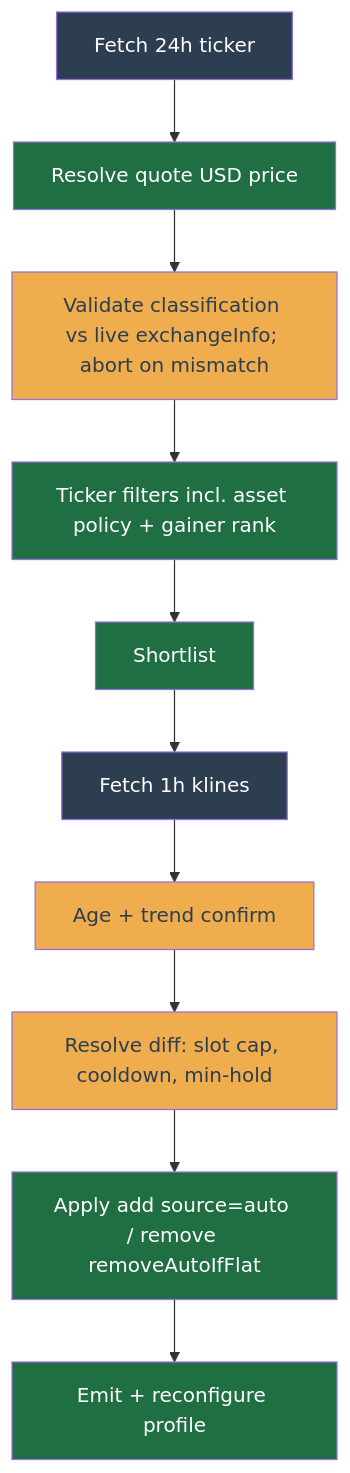
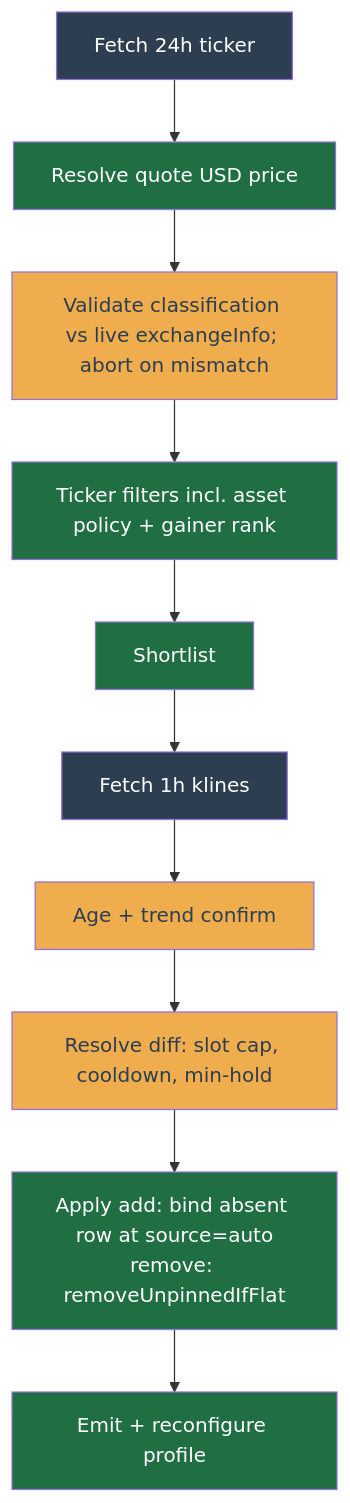
Before and after one commit to chrisleekr/binance-trading-bot: the diagram in docs/concepts/discovery.md, drawn with Mermaid. The commit also changed other lines of this file and 556 other files, not shown here.

````diff
--- a/docs/concepts/discovery.md
+++ b/docs/concepts/discovery.md
@@ -58,17 +54,17 @@
 ```mermaid
 flowchart TD
     Ticker["Fetch 24h ticker"]:::io --> QuotePrice["Resolve quote USD price"]:::core
     QuotePrice --> Validate["Validate classification vs live exchangeInfo; abort on mismatch"]:::gate
     Validate --> Rank["Ticker filters incl. asset policy + gainer rank"]:::core
     Rank --> Shortlist["Shortlist"]:::core
     Shortlist --> Klines["Fetch 1h klines"]:::io
     Klines --> Confirm["Age + trend confirm"]:::gate
     Confirm --> Resolve["Resolve diff: slot cap, cooldown, min-hold"]:::gate
-    Resolve --> ApplyDiff["Apply add source=auto / remove removeAutoIfFlat"]:::act
+    Resolve --> ApplyDiff["Apply add: bind absent row at source=auto<br/>remove: removeUnpinnedIfFlat"]:::act
     ApplyDiff --> Emit["Emit + reconfigure profile"]:::act
     classDef io fill:#2c3e50,color:#ffffff;
     classDef core fill:#1f6f43,color:#ffffff;
     classDef gate fill:#f0ad4e,color:#2c3e50;
     classDef act fill:#1f6f43,color:#ffffff;
     classDef wait fill:#ecf0f1,color:#2c3e50;
 ```
````
